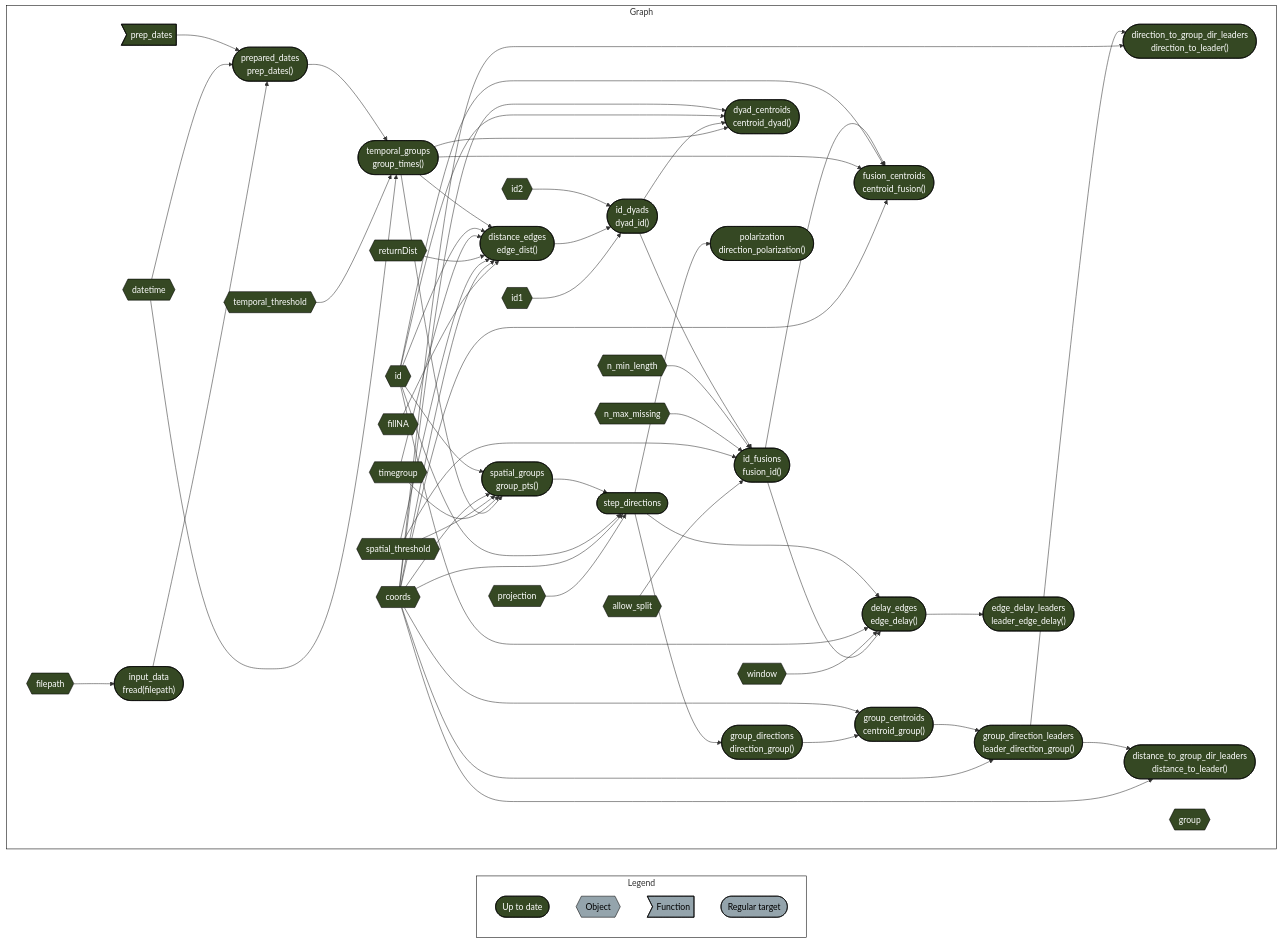
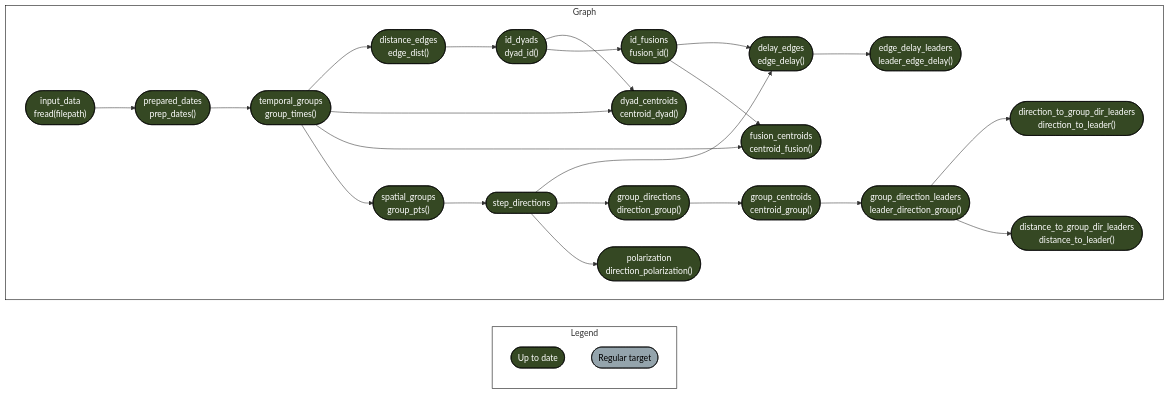
One commit to robitalec/targets-spatsoc-intragroup-dynamics changed the diagram in README.md. Above: the diagram before and after it, drawn with Mermaid. The commit also changed 1 other file, not shown here.

Commit message:
mermaid only targets

````diff
--- a/README.md
+++ b/README.md
@@ -10,71 +10,35 @@
 ``` mermaid
 graph LR
   style Legend fill:#FFFFFF00,stroke:#000000;
   style Graph fill:#FFFFFF00,stroke:#000000;
   subgraph Legend
     xf1522833a4d242c5(["Up to date"]):::uptodate
-    xbecb13963f49e50b{{"Object"}}:::none
-    xeb2d7cac8a1ce544>"Function"]:::none
     xd03d7c7dd2ddda2b(["Regular target"]):::none
   end
   subgraph Graph
     direction LR
+    x346d09d418e9b158(["step_directions"]):::uptodate --> x3beb570a7cf0e1dc(["delay_edges<br>edge_delay()"]):::uptodate
     x11880ed5069abb8c(["id_fusions<br>fusion_id()"]):::uptodate --> x3beb570a7cf0e1dc(["delay_edges<br>edge_delay()"]):::uptodate
-    xe40cf9885b1e2908{{"window"}}:::uptodate --> x3beb570a7cf0e1dc(["delay_edges<br>edge_delay()"]):::uptodate
-    xc25194a2e4c760d5{{"id"}}:::uptodate --> x3beb570a7cf0e1dc(["delay_edges<br>edge_delay()"]):::uptodate
-    x346d09d418e9b158(["step_directions"]):::uptodate --> x3beb570a7cf0e1dc(["delay_edges<br>edge_delay()"]):::uptodate
-    xbd740468b493bf05{{"coords"}}:::uptodate --> x82786d09c0fcc8be(["direction_to_group_dir_leaders<br>direction_to_leader()"]):::uptodate
     xb817b55e688fdfc3(["group_direction_leaders<br>leader_direction_group()"]):::uptodate --> x82786d09c0fcc8be(["direction_to_group_dir_leaders<br>direction_to_leader()"]):::uptodate
-    xa16877b1adca734b{{"fillNA"}}:::uptodate --> x365b64b036e1db58(["distance_edges<br>edge_dist()"]):::uptodate
-    xbd740468b493bf05{{"coords"}}:::uptodate --> x365b64b036e1db58(["distance_edges<br>edge_dist()"]):::uptodate
-    x86be964788bf0a62{{"spatial_threshold"}}:::uptodate --> x365b64b036e1db58(["distance_edges<br>edge_dist()"]):::uptodate
-    x7be2e81b00311cea{{"returnDist"}}:::uptodate --> x365b64b036e1db58(["distance_edges<br>edge_dist()"]):::uptodate
-    x1a924ae7f0a51246{{"timegroup"}}:::uptodate --> x365b64b036e1db58(["distance_edges<br>edge_dist()"]):::uptodate
-    xc25194a2e4c760d5{{"id"}}:::uptodate --> x365b64b036e1db58(["distance_edges<br>edge_dist()"]):::uptodate
     x1faf6e798011c143(["temporal_groups<br>group_times()"]):::uptodate --> x365b64b036e1db58(["distance_edges<br>edge_dist()"]):::uptodate
-    xbd740468b493bf05{{"coords"}}:::uptodate --> xa036b69b269981da(["distance_to_group_dir_leaders<br>distance_to_leader()"]):::uptodate
     xb817b55e688fdfc3(["group_direction_leaders<br>leader_direction_group()"]):::uptodate --> xa036b69b269981da(["distance_to_group_dir_leaders<br>distance_to_leader()"]):::uptodate
+    xd1855d56aaab0158(["id_dyads<br>dyad_id()"]):::uptodate --> x884798be03ef20d0(["dyad_centroids<br>centroid_dyad()"]):::uptodate
     x1faf6e798011c143(["temporal_groups<br>group_times()"]):::uptodate --> x884798be03ef20d0(["dyad_centroids<br>centroid_dyad()"]):::uptodate
-    xd1855d56aaab0158(["id_dyads<br>dyad_id()"]):::uptodate --> x884798be03ef20d0(["dyad_centroids<br>centroid_dyad()"]):::uptodate
-    xc25194a2e4c760d5{{"id"}}:::uptodate --> x884798be03ef20d0(["dyad_centroids<br>centroid_dyad()"]):::uptodate
-    xbd740468b493bf05{{"coords"}}:::uptodate --> x884798be03ef20d0(["dyad_centroids<br>centroid_dyad()"]):::uptodate
     x3beb570a7cf0e1dc(["delay_edges<br>edge_delay()"]):::uptodate --> x994414e4774e3751(["edge_delay_leaders<br>leader_edge_delay()"]):::uptodate
-    xbd740468b493bf05{{"coords"}}:::uptodate --> x25d985acde8f25cc(["fusion_centroids<br>centroid_fusion()"]):::uptodate
+    x11880ed5069abb8c(["id_fusions<br>fusion_id()"]):::uptodate --> x25d985acde8f25cc(["fusion_centroids<br>centroid_fusion()"]):::uptodate
     x1faf6e798011c143(["temporal_groups<br>group_times()"]):::uptodate --> x25d985acde8f25cc(["fusion_centroids<br>centroid_fusion()"]):::uptodate
-    xc25194a2e4c760d5{{"id"}}:::uptodate --> x25d985acde8f25cc(["fusion_centroids<br>centroid_fusion()"]):::uptodate
-    x11880ed5069abb8c(["id_fusions<br>fusion_id()"]):::uptodate --> x25d985acde8f25cc(["fusion_centroids<br>centroid_fusion()"]):::uptodate
     x1073df0072bfb123(["group_directions<br>direction_group()"]):::uptodate --> x6ba603f6e8293383(["group_centroids<br>centroid_group()"]):::uptodate
-    xbd740468b493bf05{{"coords"}}:::uptodate --> x6ba603f6e8293383(["group_centroids<br>centroid_group()"]):::uptodate
-    xbd740468b493bf05{{"coords"}}:::uptodate --> xb817b55e688fdfc3(["group_direction_leaders<br>leader_direction_group()"]):::uptodate
     x6ba603f6e8293383(["group_centroids<br>centroid_group()"]):::uptodate --> xb817b55e688fdfc3(["group_direction_leaders<br>leader_direction_group()"]):::uptodate
     x346d09d418e9b158(["step_directions"]):::uptodate --> x1073df0072bfb123(["group_directions<br>direction_group()"]):::uptodate
-    x516429c313e0db0a{{"id1"}}:::uptodate --> xd1855d56aaab0158(["id_dyads<br>dyad_id()"]):::uptodate
     x365b64b036e1db58(["distance_edges<br>edge_dist()"]):::uptodate --> xd1855d56aaab0158(["id_dyads<br>dyad_id()"]):::uptodate
-    x3f91b11005001951{{"id2"}}:::uptodate --> xd1855d56aaab0158(["id_dyads<br>dyad_id()"]):::uptodate
-    x925c0ddb7f99c4a5{{"allow_split"}}:::uptodate --> x11880ed5069abb8c(["id_fusions<br>fusion_id()"]):::uptodate
-    x86be964788bf0a62{{"spatial_threshold"}}:::uptodate --> x11880ed5069abb8c(["id_fusions<br>fusion_id()"]):::uptodate
-    x96ee942bed2f2986{{"n_max_missing"}}:::uptodate --> x11880ed5069abb8c(["id_fusions<br>fusion_id()"]):::uptodate
-    x073b67df0dc1a8ce{{"n_min_length"}}:::uptodate --> x11880ed5069abb8c(["id_fusions<br>fusion_id()"]):::uptodate
     xd1855d56aaab0158(["id_dyads<br>dyad_id()"]):::uptodate --> x11880ed5069abb8c(["id_fusions<br>fusion_id()"]):::uptodate
-    x251c0fecf340765b{{"filepath"}}:::uptodate --> x769da6568e9cd872(["input_data<br>fread(filepath)"]):::uptodate
     x346d09d418e9b158(["step_directions"]):::uptodate --> x834929c790cf2d7b(["polarization<br>direction_polarization()"]):::uptodate
     x769da6568e9cd872(["input_data<br>fread(filepath)"]):::uptodate --> x74f74fb4673261e6(["prepared_dates<br>prep_dates()"]):::uptodate
-    xe1070fbd6d46a47b{{"datetime"}}:::uptodate --> x74f74fb4673261e6(["prepared_dates<br>prep_dates()"]):::uptodate
-    xd135a9eb46727432>"prep_dates"]:::uptodate --> x74f74fb4673261e6(["prepared_dates<br>prep_dates()"]):::uptodate
     x1faf6e798011c143(["temporal_groups<br>group_times()"]):::uptodate --> x788f41fdc4e37558(["spatial_groups<br>group_pts()"]):::uptodate
-    x1a924ae7f0a51246{{"timegroup"}}:::uptodate --> x788f41fdc4e37558(["spatial_groups<br>group_pts()"]):::uptodate
-    x86be964788bf0a62{{"spatial_threshold"}}:::uptodate --> x788f41fdc4e37558(["spatial_groups<br>group_pts()"]):::uptodate
-    xbd740468b493bf05{{"coords"}}:::uptodate --> x788f41fdc4e37558(["spatial_groups<br>group_pts()"]):::uptodate
-    xc25194a2e4c760d5{{"id"}}:::uptodate --> x788f41fdc4e37558(["spatial_groups<br>group_pts()"]):::uptodate
-    x077cfe721406740b{{"projection"}}:::uptodate --> x346d09d418e9b158(["step_directions"]):::uptodate
-    xbd740468b493bf05{{"coords"}}:::uptodate --> x346d09d418e9b158(["step_directions"]):::uptodate
-    xc25194a2e4c760d5{{"id"}}:::uptodate --> x346d09d418e9b158(["step_directions"]):::uptodate
     x788f41fdc4e37558(["spatial_groups<br>group_pts()"]):::uptodate --> x346d09d418e9b158(["step_directions"]):::uptodate
-    xe1070fbd6d46a47b{{"datetime"}}:::uptodate --> x1faf6e798011c143(["temporal_groups<br>group_times()"]):::uptodate
-    x7691bca923fa768d{{"temporal_threshold"}}:::uptodate --> x1faf6e798011c143(["temporal_groups<br>group_times()"]):::uptodate
     x74f74fb4673261e6(["prepared_dates<br>prep_dates()"]):::uptodate --> x1faf6e798011c143(["temporal_groups<br>group_times()"]):::uptodate
-    xfeaff7c1bc5fe2e5{{"group"}}:::uptodate
+    
   end
   classDef uptodate stroke:#000000,color:#ffffff,fill:#354823;
   classDef none stroke:#000000,color:#000000,fill:#94a4ac;
 ```
````
